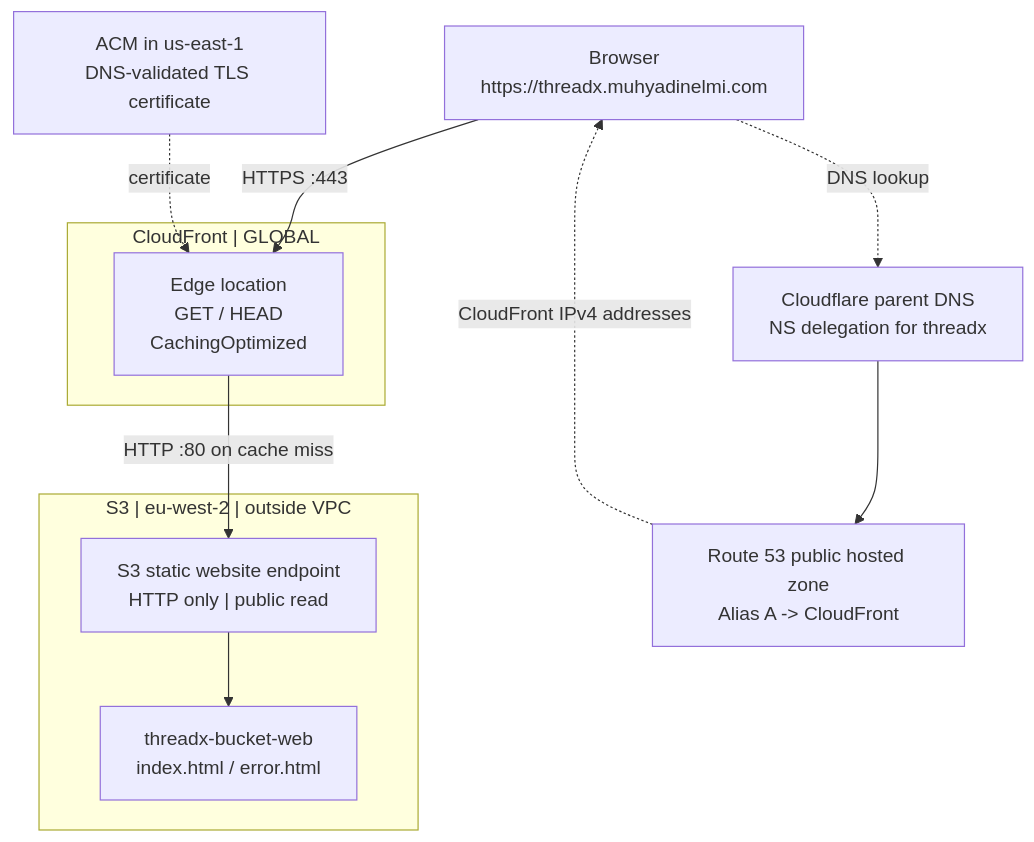
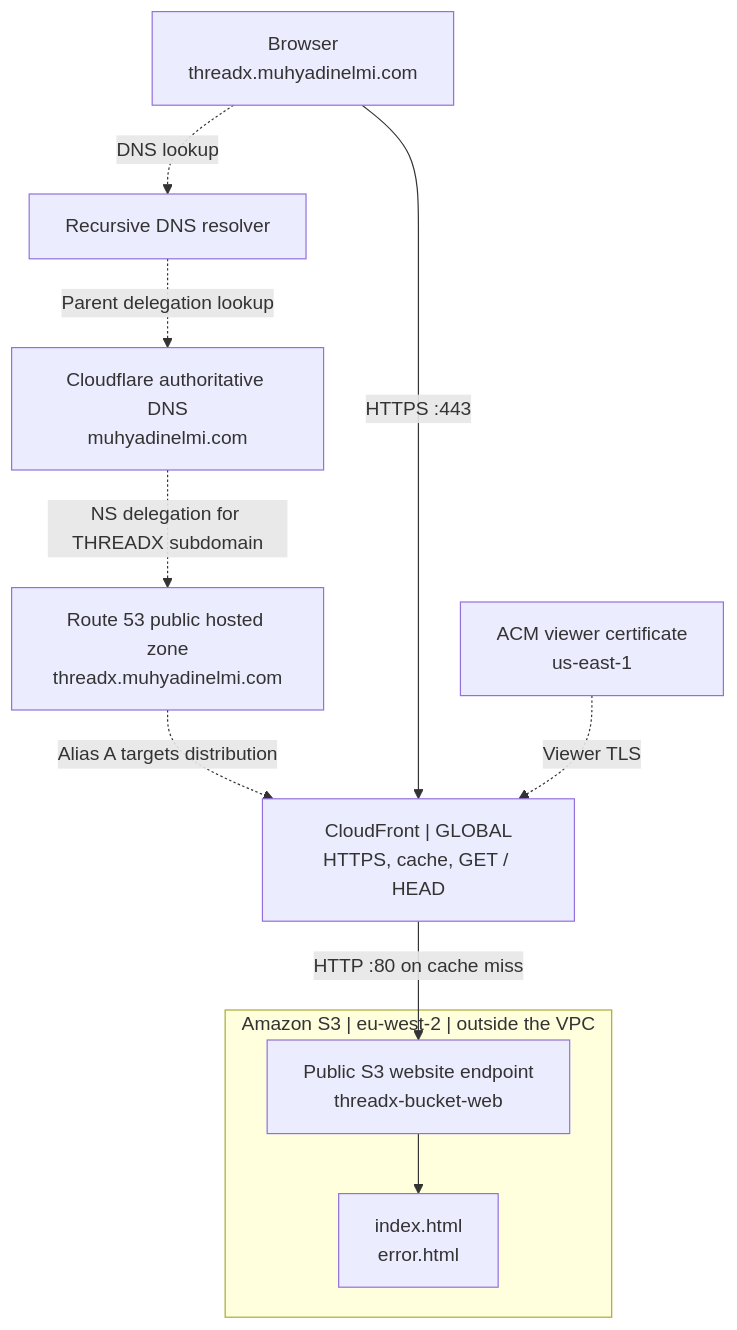
Before and after one commit to muhayadindev-dev/DevOps_Learning-: the third of 3 diagrams in ASW/zz-architecture.md, drawn with Mermaid. The commit also changed other lines of this file and 43 other files, not shown here.

````diff
--- a/ASW/zz-architecture.md
+++ b/ASW/zz-architecture.md
@@ -67,21 +72,21 @@
 ```mermaid
 flowchart TB
-  Visitor["Browser\nhttps://threadx.muhyadinelmi.com"]
-  CFProvider["Cloudflare parent DNS\nNS delegation for threadx"]
-  R53["Route 53 public hosted zone\nAlias A -> CloudFront"]
-  ACM["ACM in us-east-1\nDNS-validated TLS certificate"]
-  subgraph CDN["CloudFront | GLOBAL"]
-    Edge["Edge location\nGET / HEAD\nCachingOptimized"]
-  end
-  subgraph AWSLondon["S3 | eu-west-2 | outside VPC"]
-    Origin["S3 static website endpoint\nHTTP only | public read"]
-    Files["threadx-bucket-web\nindex.html / error.html"]
-  end
-  Visitor -. "DNS lookup" .-> CFProvider
-  CFProvider --> R53
-  R53 -. "CloudFront IPv4 addresses" .-> Visitor
-  Visitor -->|"HTTPS :443"| Edge
-  ACM -. "certificate" .-> Edge
-  Edge -->|"HTTP :80 on cache miss"| Origin
-  Origin --> Files
+    Browser["Browser<br/>threadx.muhyadinelmi.com"]
+    Resolver["Recursive DNS resolver"]
+    Parent["Cloudflare authoritative DNS<br/>muhyadinelmi.com"]
+    Zone["Route 53 public hosted zone<br/>threadx.muhyadinelmi.com"]
+    Certificate["ACM viewer certificate<br/>us-east-1"]
+    Edge["CloudFront | GLOBAL<br/>HTTPS, cache, GET / HEAD"]
+    subgraph London["Amazon S3 | eu-west-2 | outside the VPC"]
+        Origin["Public S3 website endpoint<br/>threadx-bucket-web"]
+        Objects["index.html<br/>error.html"]
+    end
+    Browser -. "DNS lookup" .-> Resolver
+    Resolver -. "Parent delegation lookup" .-> Parent
+    Parent -. "NS delegation for THREADX subdomain" .-> Zone
+    Zone -. "Alias A targets distribution" .-> Edge
+    Browser -->|"HTTPS :443"| Edge
+    Certificate -. "Viewer TLS" .-> Edge
+    Edge -->|"HTTP :80 on cache miss"| Origin
+    Origin --> Objects
 ```
````
